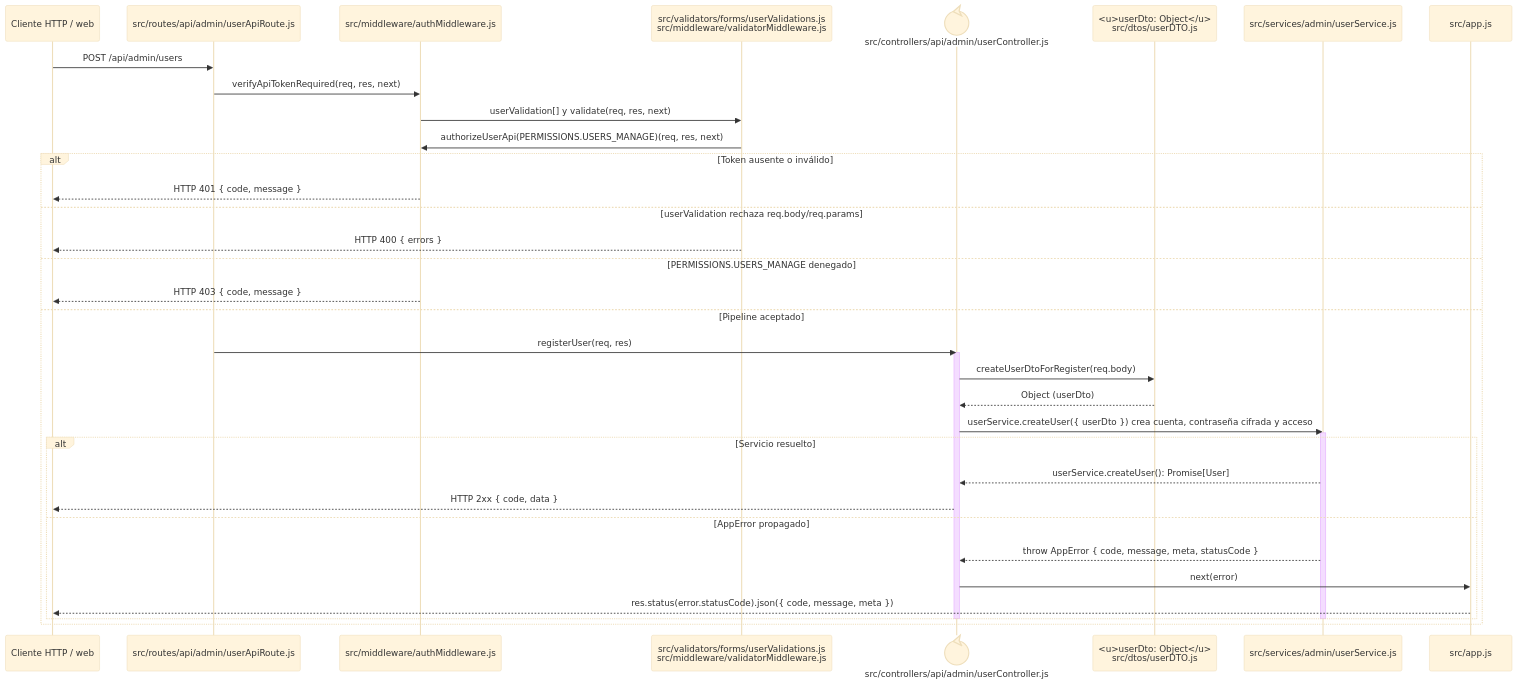
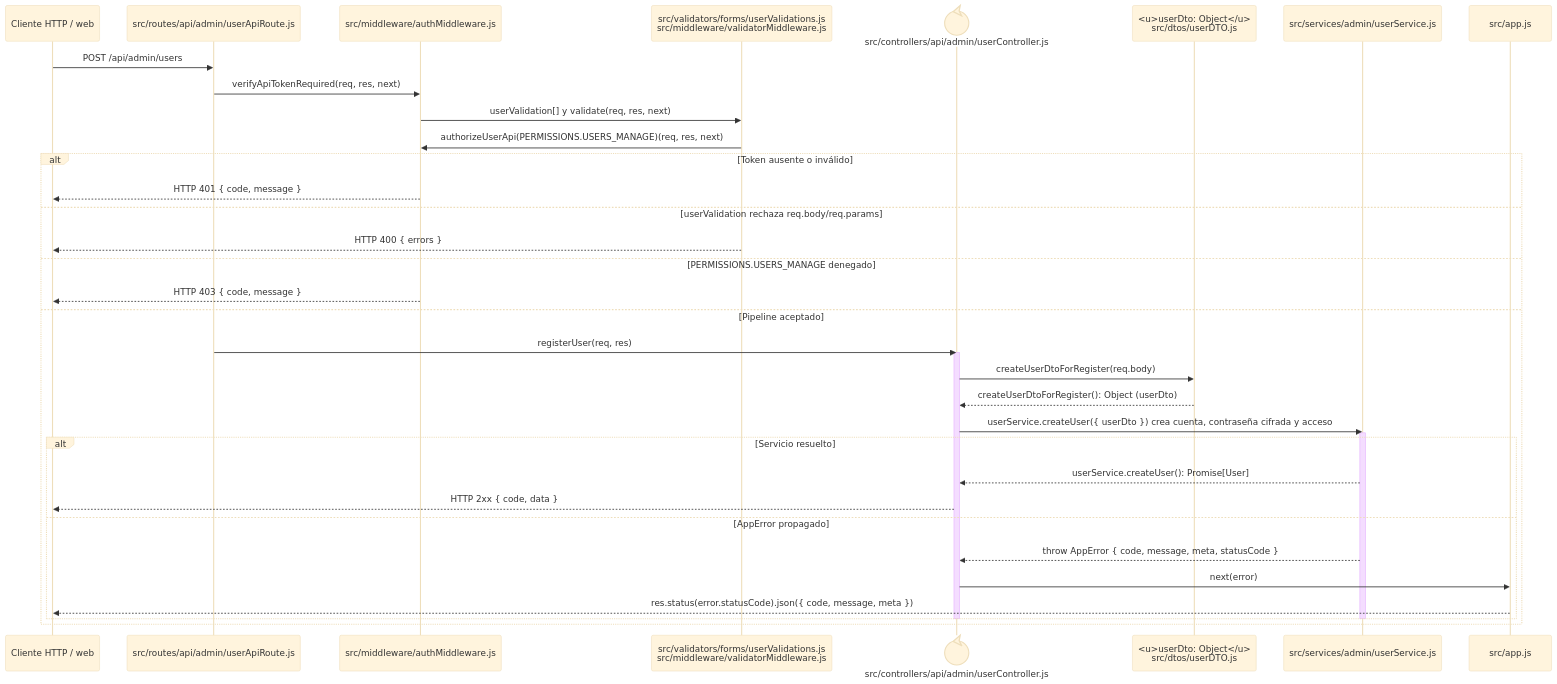
Before and after one commit to gpgsistemas01/nexus: the diagram in docs/architecture/backend-code-sequences/identity-access/cu-ida-06.md, drawn with Mermaid (base theme). The commit also changed 50 other files, not shown here.

Commit message:
docs: separar llamadas en diagramas de secuencia

````diff
--- a/docs/architecture/backend-code-sequences/identity-access/cu-ida-06.md
+++ b/docs/architecture/backend-code-sequences/identity-access/cu-ida-06.md
@@ -6,40 +6,40 @@
 ```mermaid
 sequenceDiagram
     participant Client as Cliente HTTP / web
     participant Route as src/routes/api/admin/userApiRoute.js
     participant Auth as src/middleware/authMiddleware.js
     participant Validator as src/validators/forms/userValidations.js<br/>src/middleware/validatorMiddleware.js
     participant Controller@{ "type": "control" } as src/controllers/api/admin/userController.js
     participant UserDto as <u>userDto: Object</u><br/>src/dtos/userDTO.js
     participant Domain as src/services/admin/userService.js
     participant ErrorHandler as src/app.js
 
     Client->>Route: POST /api/admin/users
     Route->>Auth: verifyApiTokenRequired(req, res, next)
     Auth->>Validator: userValidation[] y validate(req, res, next)
     Validator->>Auth: authorizeUserApi(PERMISSIONS.USERS_MANAGE)(req, res, next)
     alt Token ausente o inválido
         Auth-->>Client: HTTP 401 { code, message }
     else userValidation rechaza req.body/req.params
         Validator-->>Client: HTTP 400 { errors }
     else PERMISSIONS.USERS_MANAGE denegado
         Auth-->>Client: HTTP 403 { code, message }
     else Pipeline aceptado
         Route->>Controller: registerUser(req, res)
         activate Controller
         Controller->>UserDto: createUserDtoForRegister(req.body)
-        UserDto-->>Controller: Object (userDto)
+        UserDto-->>Controller: createUserDtoForRegister(): Object (userDto)
         Controller->>Domain: userService.createUser({ userDto }) crea cuenta, contraseña cifrada y acceso
         activate Domain
         alt Servicio resuelto
             Domain-->>Controller: userService.createUser(): Promise[User]
             Controller-->>Client: HTTP 2xx { code, data }
         else AppError propagado
             Domain-->>Controller: throw AppError { code, message, meta, statusCode }
             Controller->>ErrorHandler: next(error)
             ErrorHandler-->>Client: res.status(error.statusCode).json({ code, message, meta })
         end
         deactivate Domain
         deactivate Controller
     end
 ```
````
